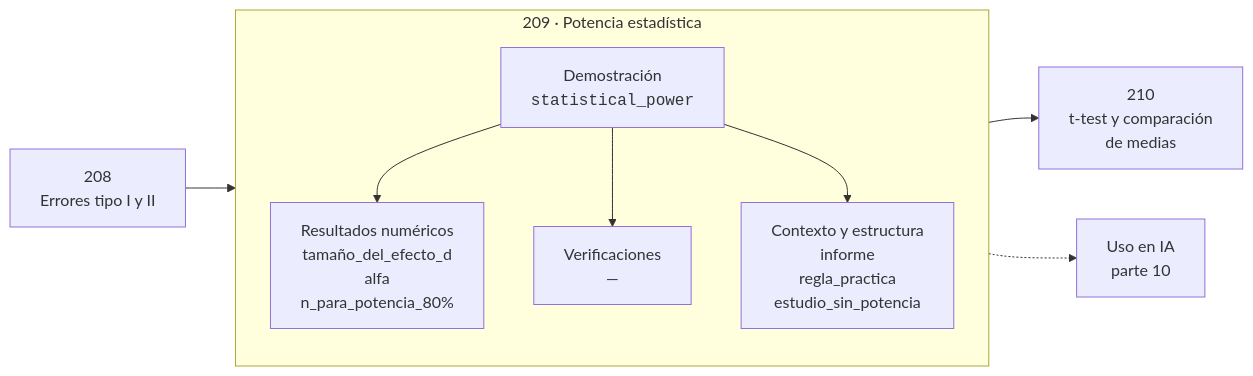
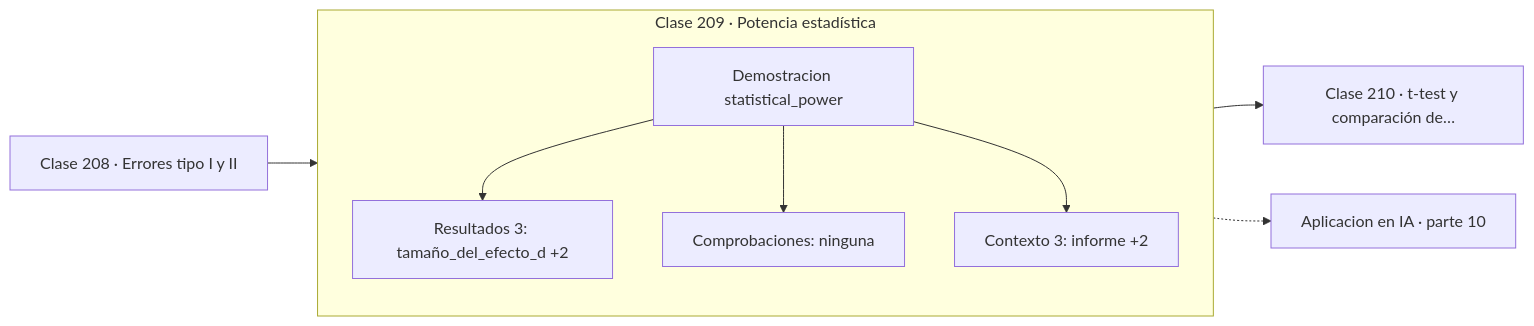
One commit to vladimiracunadev-create/computational-mathematics-program changed the diagram in classes/part-10-estadistica-e-inferencia/209-potencia-estadistica/README.md. Above: the diagram before and after it, drawn with Mermaid. The commit also changed 389 other files, not shown here.

First line of the commit message:
fix(diagramas): elimina el HTML de las etiquetas Mermaid

````diff
--- a/classes/part-10-estadistica-e-inferencia/209-potencia-estadistica/README.md
+++ b/classes/part-10-estadistica-e-inferencia/209-potencia-estadistica/README.md
@@ -30,12 +30,13 @@
 ```mermaid
 flowchart LR
-    P["208<br/>Errores tipo I y II"] --> C
-    subgraph C["209 · Potencia estadística"]
+    P["Clase 208 · Errores tipo I y II"] --> D
+    subgraph CLASE["Clase 209 · Potencia estadística"]
         direction TB
-        D["Demostración<br/><code>statistical_power</code>"] --> R["Resultados numéricos<br/>tamaño_del_efecto_d<br/>alfa<br/>n_para_potencia_80%"]
-        D --> V["Verificaciones<br/>—"]
-        D --> O["Contexto y estructura<br/>informe<br/>regla_practica<br/>estudio_sin_potencia"]
+        D["Demostracion statistical_power"]
+        D --> R["Resultados 3: tamaño_del_efecto_d +2"]
+        D --> V["Comprobaciones: ninguna"]
+        D --> O["Contexto 3: informe +2"]
     end
-    C --> N["210<br/>t-test y comparación<br/>de medias"]
-    C -.-> IA["Uso en IA<br/>parte 10"]
+    R --> N["Clase 210 · t-test y comparación de…"]
+    V -.-> IA["Aplicacion en IA · parte 10"]
 ```
````
